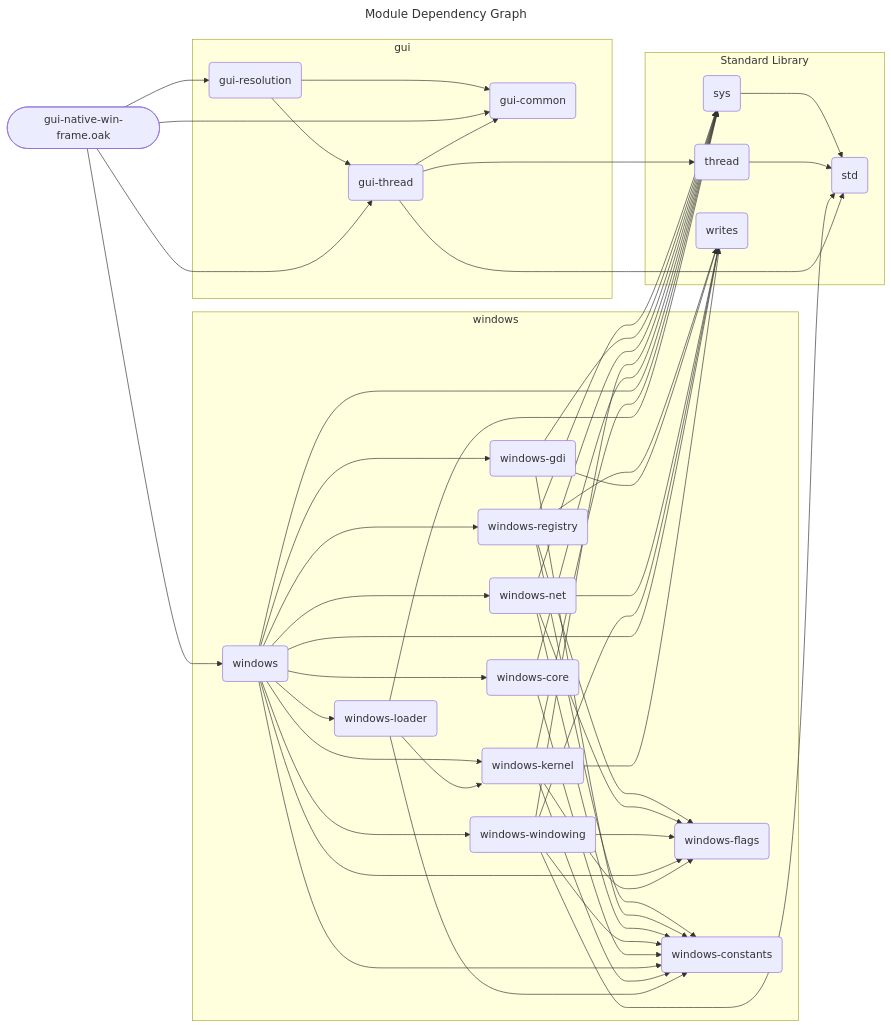
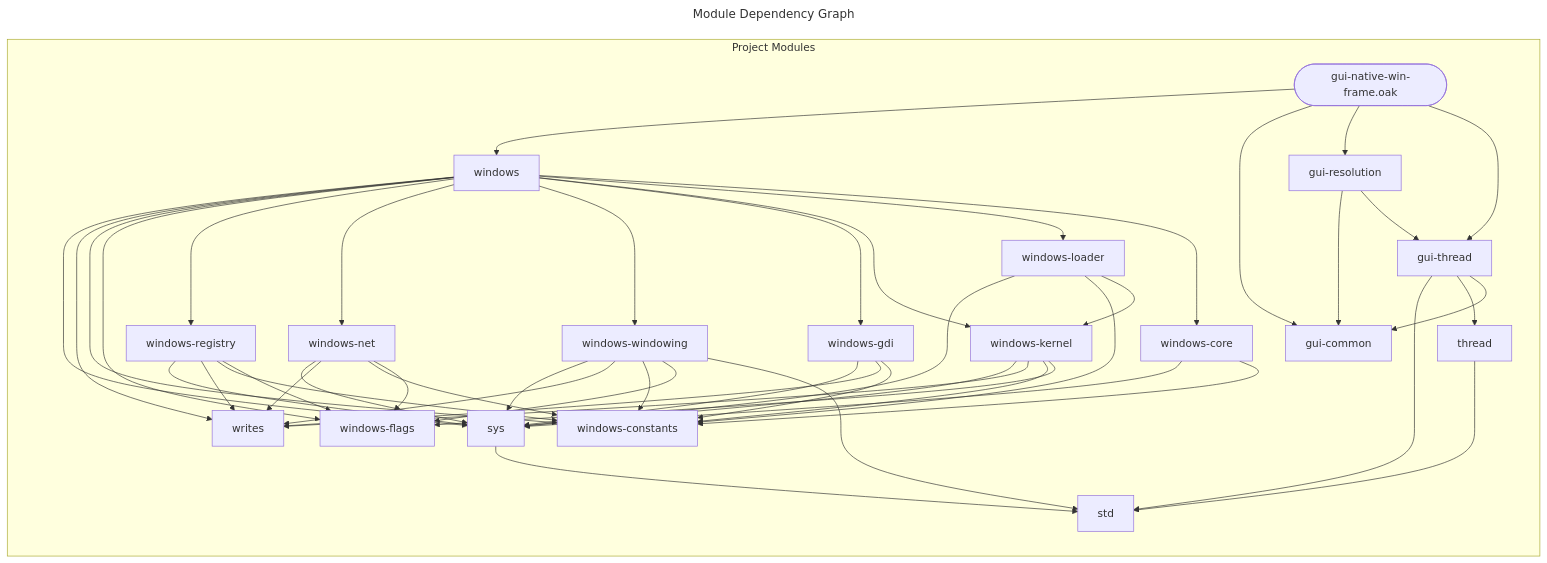
Before and after one commit to SpcFORK/magnolia: the diagram in docs/spec/gui-native-win-frame.mmd, drawn with Mermaid. The commit also changed 373 other files, not shown here.

Commit message:
Refactor module dependency graphs and update imports across various specifications

```diff
--- a/docs/spec/gui-native-win-frame.mmd
+++ b/docs/spec/gui-native-win-frame.mmd
@@ -1,75 +1,71 @@
 ---
 title: Module Dependency Graph
 ---
 flowchart LR
-    lib_gui_native_win_frame_oak(["gui-native-win-frame.oak"])
-    subgraph stdlib_windows ["windows"]
-        windows_registry("windows-registry")
-        windows_gdi("windows-gdi")
-        windows_flags("windows-flags")
-        windows_net("windows-net")
-        windows_windowing("windows-windowing")
-        windows_core("windows-core")
-        windows("windows")
-        windows_constants("windows-constants")
-        windows_kernel("windows-kernel")
-        windows_loader("windows-loader")
-    end
-    subgraph stdlib_gui ["gui"]
-        gui_common("gui-common")
-        gui_resolution("gui-resolution")
-        gui_thread("gui-thread")
-    end
-    subgraph stdlib_core ["Standard Library"]
-        sys("sys")
-        thread("thread")
-        std("std")
-        writes("writes")
+    subgraph project_modules ["Project Modules"]
+        std["std"]
+        writes["writes"]
+        gui_common["gui-common"]
+        windows_registry["windows-registry"]
+        windows_core["windows-core"]
+        windows["windows"]
+        windows_net["windows-net"]
+        thread["thread"]
+        windows_gdi["windows-gdi"]
+        windows_flags["windows-flags"]
+        windows_windowing["windows-windowing"]
+        lib_gui_native_win_frame_oak(["gui-native-win-frame.oak"])
+        gui_resolution["gui-resolution"]
+        gui_thread["gui-thread"]
+        sys["sys"]
+        windows_constants["windows-constants"]
+        windows_kernel["windows-kernel"]
+        windows_loader["windows-loader"]
     end
     windows_registry --> sys
     windows_registry --> writes
     windows_registry --> windows_constants
     windows_registry --> windows_flags
-    windows_gdi --> sys
-    windows_gdi --> writes
-    windows_gdi --> windows_constants
-    sys --> std
-    gui_resolution --> gui_common
-    gui_resolution --> gui_thread
-    thread --> std
-    windows_net --> sys
-    windows_net --> writes
-    windows_net --> windows_constants
-    windows_net --> windows_flags
-    windows_windowing --> sys
-    windows_windowing --> writes
-    windows_windowing --> windows_constants
-    windows_windowing --> windows_flags
-    windows_windowing --> std
     windows_core --> sys
     windows_core --> windows_constants
-    lib_gui_native_win_frame_oak --> windows
-    lib_gui_native_win_frame_oak --> gui_common
-    lib_gui_native_win_frame_oak --> gui_resolution
-    lib_gui_native_win_frame_oak --> gui_thread
     windows --> sys
     windows --> writes
     windows --> windows_constants
     windows --> windows_flags
     windows --> windows_registry
     windows --> windows_net
     windows --> windows_windowing
     windows --> windows_gdi
     windows --> windows_kernel
     windows --> windows_loader
     windows --> windows_core
+    windows_net --> sys
+    windows_net --> writes
+    windows_net --> windows_constants
+    windows_net --> windows_flags
+    thread --> std
+    windows_gdi --> sys
+    windows_gdi --> writes
+    windows_gdi --> windows_constants
+    windows_windowing --> sys
+    windows_windowing --> writes
+    windows_windowing --> windows_constants
+    windows_windowing --> windows_flags
+    windows_windowing --> std
+    lib_gui_native_win_frame_oak --> windows
+    lib_gui_native_win_frame_oak --> gui_common
+    lib_gui_native_win_frame_oak --> gui_resolution
+    lib_gui_native_win_frame_oak --> gui_thread
+    gui_resolution --> gui_common
+    gui_resolution --> gui_thread
+    gui_thread --> std
+    gui_thread --> thread
+    gui_thread --> gui_common
+    sys --> std
     windows_kernel --> sys
     windows_kernel --> writes
     windows_kernel --> windows_constants
     windows_kernel --> windows_flags
-    gui_thread --> std
-    gui_thread --> thread
-    gui_thread --> gui_common
     windows_loader --> sys
     windows_loader --> windows_constants
     windows_loader --> windows_kernel
```
